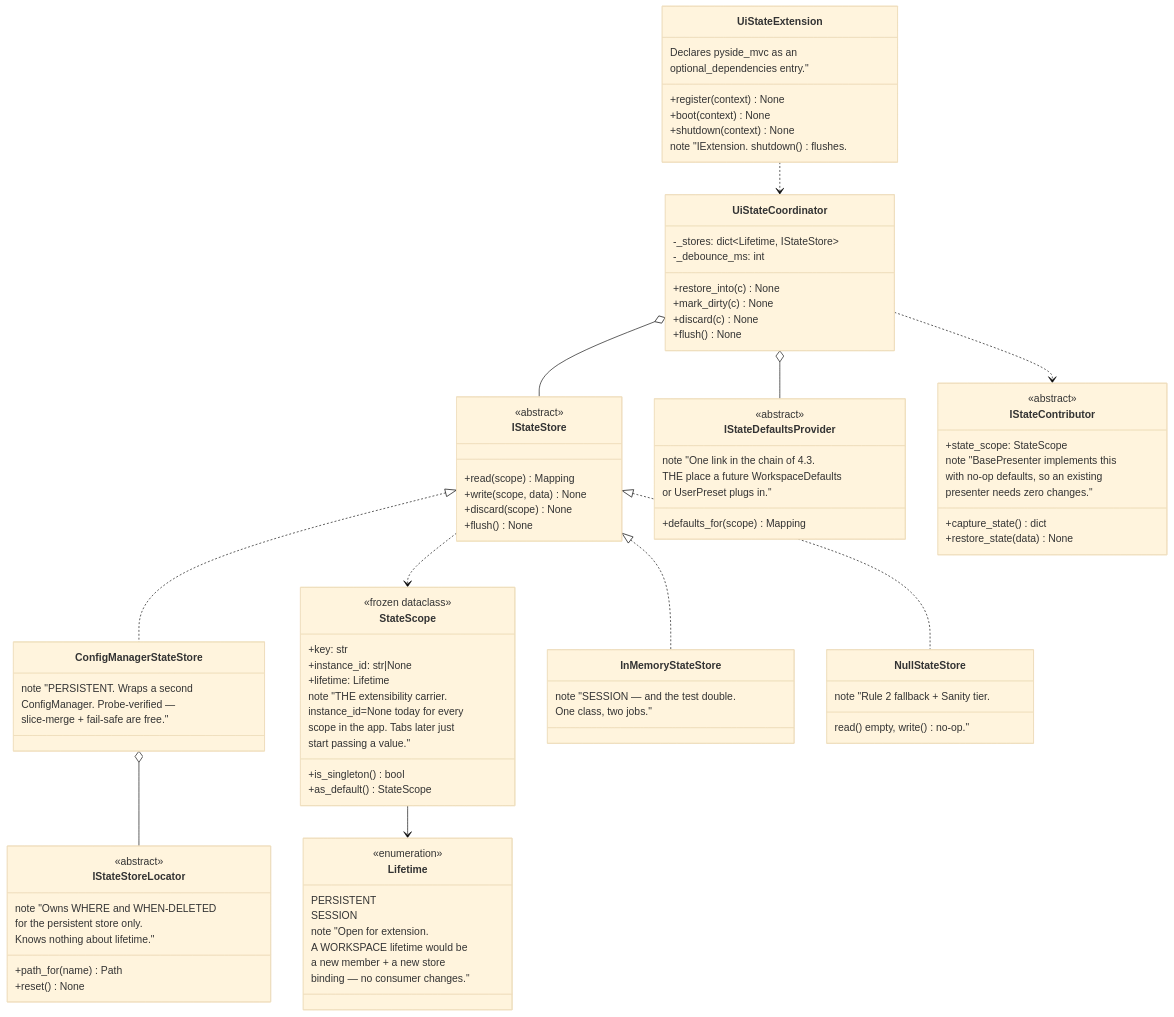
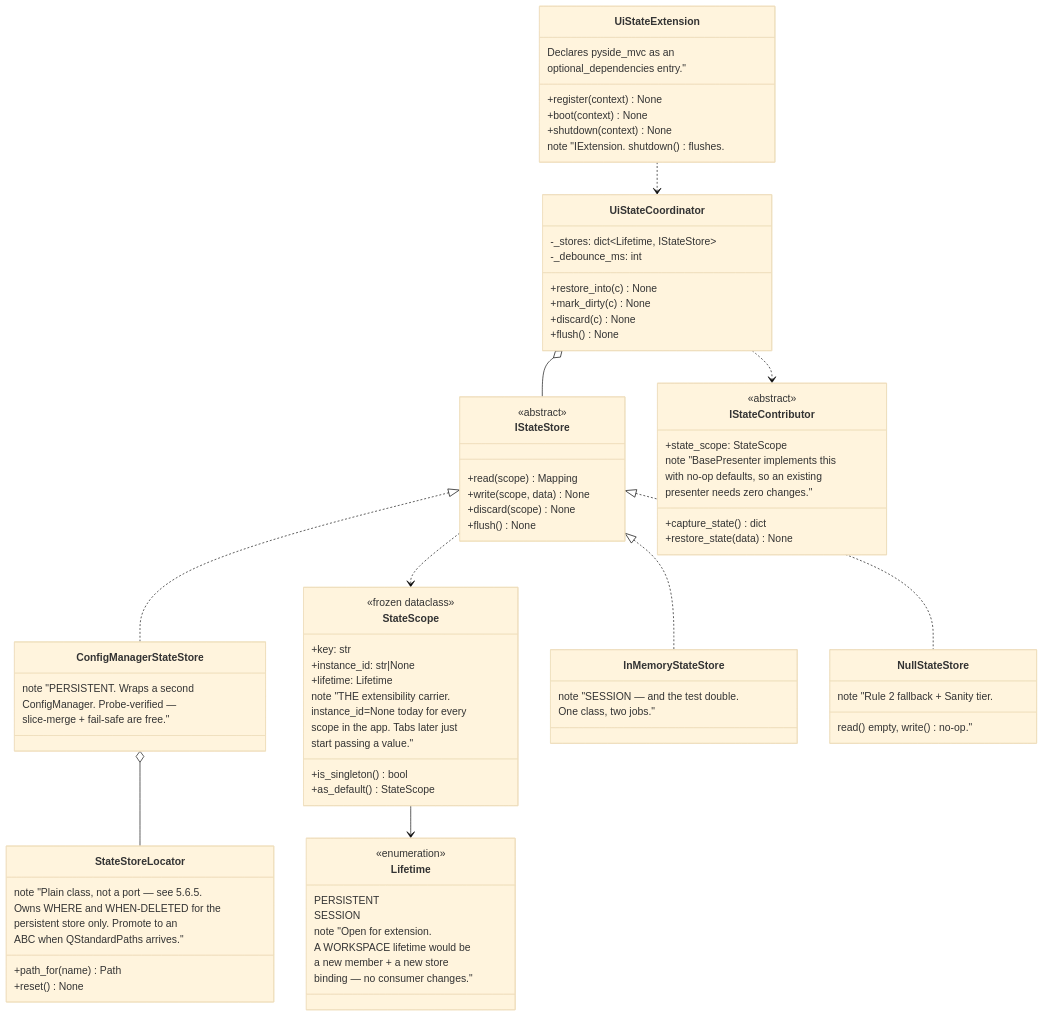
One commit to anhembedded/Sagittarius_Elite_Warrior changed the fourth of 5 diagrams in Tasks/epics/EPIC-010_ghi_nho_gia_tri_cuoi/design/DESIGN_2026-08-26_engine_state_extension.md. Above: the diagram before and after it, drawn with Mermaid (base theme). The commit also changed other lines of this file, not shown here.

First line of the commit message:
docs(epic): EPIC-010 -- what Qt already solves, and trim three pieces that were not earning their place

````diff
--- a/Tasks/epics/EPIC-010_ghi_nho_gia_tri_cuoi/design/DESIGN_2026-08-26_engine_state_extension.md
+++ b/Tasks/epics/EPIC-010_ghi_nho_gia_tri_cuoi/design/DESIGN_2026-08-26_engine_state_extension.md
@@ -324,21 +324,13 @@
         read() empty, write() no-op."
     }
 
-    class IStateStoreLocator {
-        <<abstract>>
+    class StateStoreLocator {
         +path_for(name) Path
         +reset() None
-        note "Owns WHERE and WHEN-DELETED
-        for the persistent store only.
-        Knows nothing about lifetime."
-    }
-
-    class IStateDefaultsProvider {
-        <<abstract>>
-        +defaults_for(scope) Mapping
-        note "One link in the chain of 4.3.
-        THE place a future WorkspaceDefaults
-        or UserPreset plugs in."
+        note "Plain class, not a port — see 5.6.5.
+        Owns WHERE and WHEN-DELETED for the
+        persistent store only. Promote to an
+        ABC when QStandardPaths arrives."
     }
 
     class IStateContributor {
@@ -376,7 +368,6 @@
     IStateStore ..> StateScope
     UiStateCoordinator o-- IStateStore
     UiStateCoordinator ..> IStateContributor
-    UiStateCoordinator o-- IStateDefaultsProvider
-    ConfigManagerStateStore o-- IStateStoreLocator
+    ConfigManagerStateStore o-- StateStoreLocator
     UiStateExtension ..> UiStateCoordinator
 ```
````
